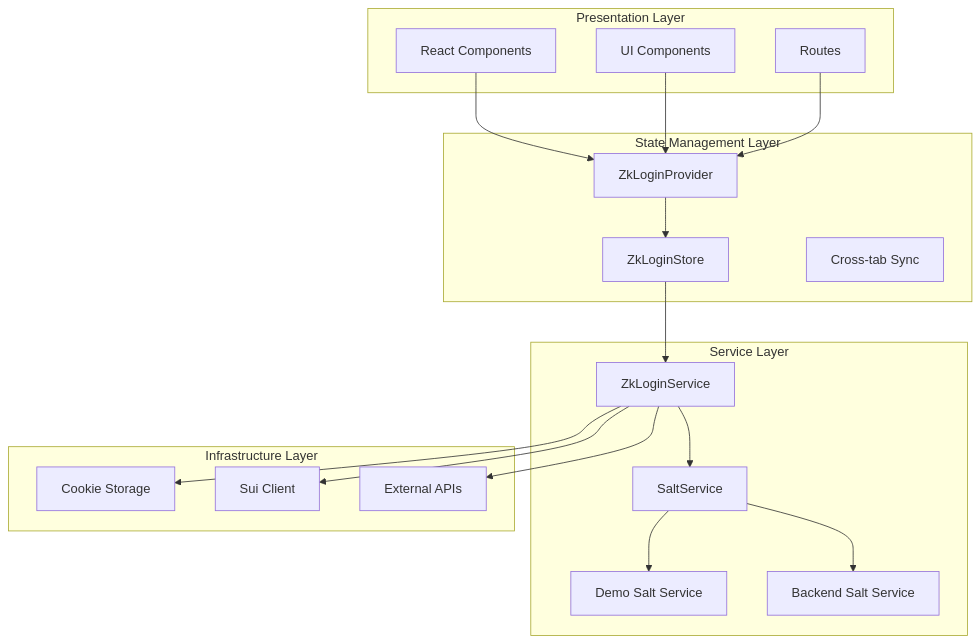
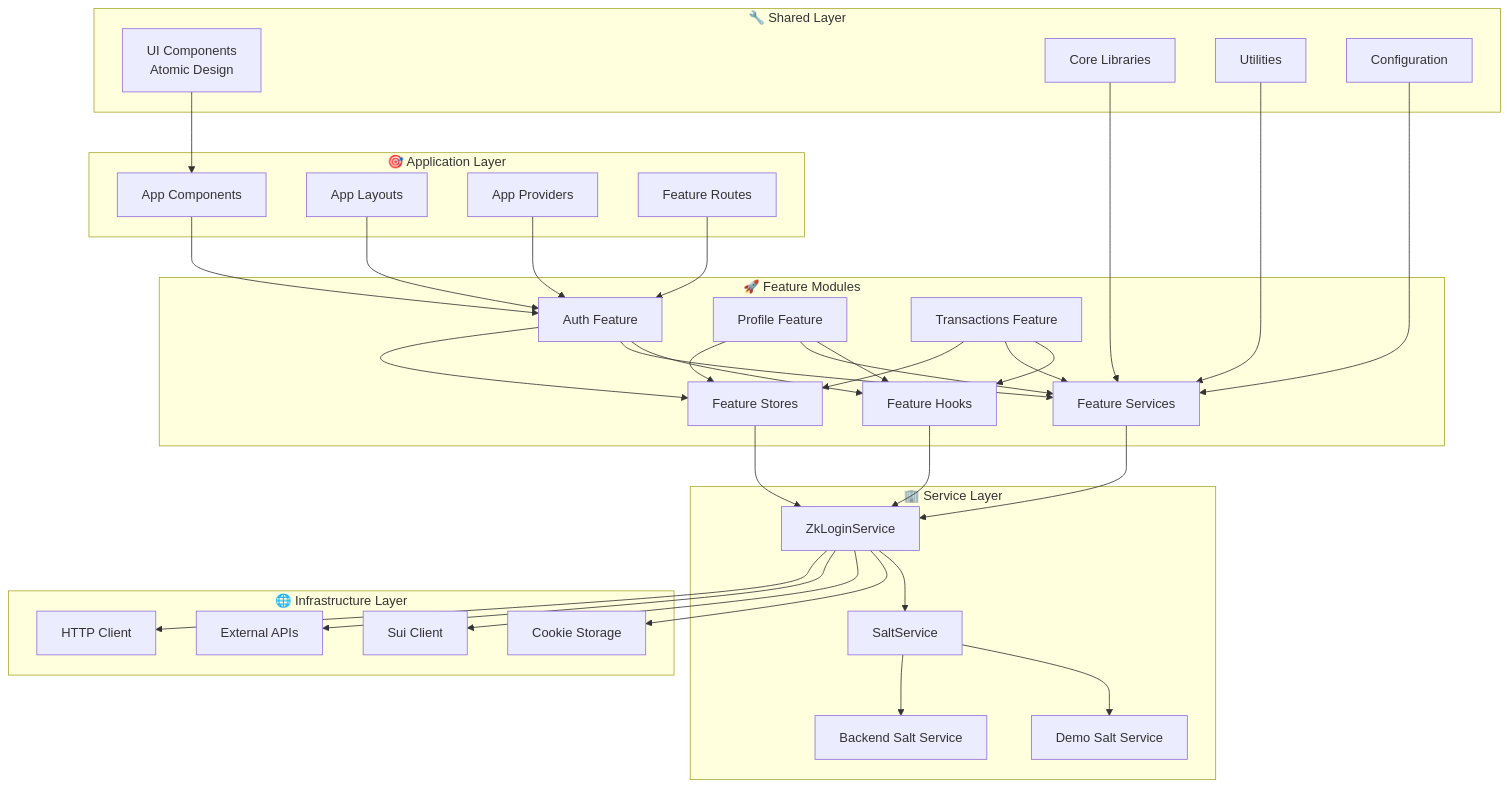
Before and after one commit to SpiralOutDotEu/sui-zklogin-boilerplate: the second of 5 diagrams in README.md, drawn with Mermaid. The commit also changed other lines of this file and 5 other files, not shown here.

````diff
--- a/README.md
+++ b/README.md
@@ -272,39 +332,67 @@
 ```mermaid
 graph TB
-    subgraph "Presentation Layer"
-        A[React Components]
-        B[UI Components]
-        C[Routes]
+    subgraph "🎯 Application Layer"
+        A[App Components]
+        B[App Layouts]
+        C[App Providers]
+        D[Feature Routes]
     end
 
-    subgraph "State Management Layer"
-        D[ZkLoginProvider]
-        E[ZkLoginStore]
-        F[Cross-tab Sync]
+    subgraph "🚀 Feature Modules"
+        E[Auth Feature]
+        F[Profile Feature]
+        G[Transactions Feature]
+        H[Feature Hooks]
+        I[Feature Services]
+        J[Feature Stores]
     end
 
-    subgraph "Service Layer"
-        G[ZkLoginService]
-        H[SaltService]
-        I[Demo Salt Service]
-        J[Backend Salt Service]
+    subgraph "🔧 Shared Layer"
+        K[UI Components<br/>Atomic Design]
+        L[Core Libraries]
+        M[Utilities]
+        N[Configuration]
     end
 
-    subgraph "Infrastructure Layer"
-        K[Cookie Storage]
-        L[Sui Client]
-        M[External APIs]
+    subgraph "🏢 Service Layer"
+        O[ZkLoginService]
+        P[SaltService]
+        Q[Demo Salt Service]
+        R[Backend Salt Service]
     end
 
-    A --> D
-    B --> D
-    C --> D
+    subgraph "🌐 Infrastructure Layer"
+        S[Cookie Storage]
+        T[Sui Client]
+        U[External APIs]
+        V[HTTP Client]
+    end
+
+    A --> E
+    B --> E
+    C --> E
     D --> E
-    E --> G
+    E --> H
+    E --> I
+    E --> J
+    F --> H
+    F --> I
+    F --> J
     G --> H
-    H --> I
-    H --> J
-    G --> K
-    G --> L
-    G --> M
+    G --> I
+    G --> J
+    H --> O
+    I --> O
+    J --> O
+    O --> P
+    P --> Q
+    P --> R
+    O --> S
+    O --> T
+    O --> U
+    O --> V
+    K --> A
+    L --> I
+    M --> I
+    N --> I
 ```
````
